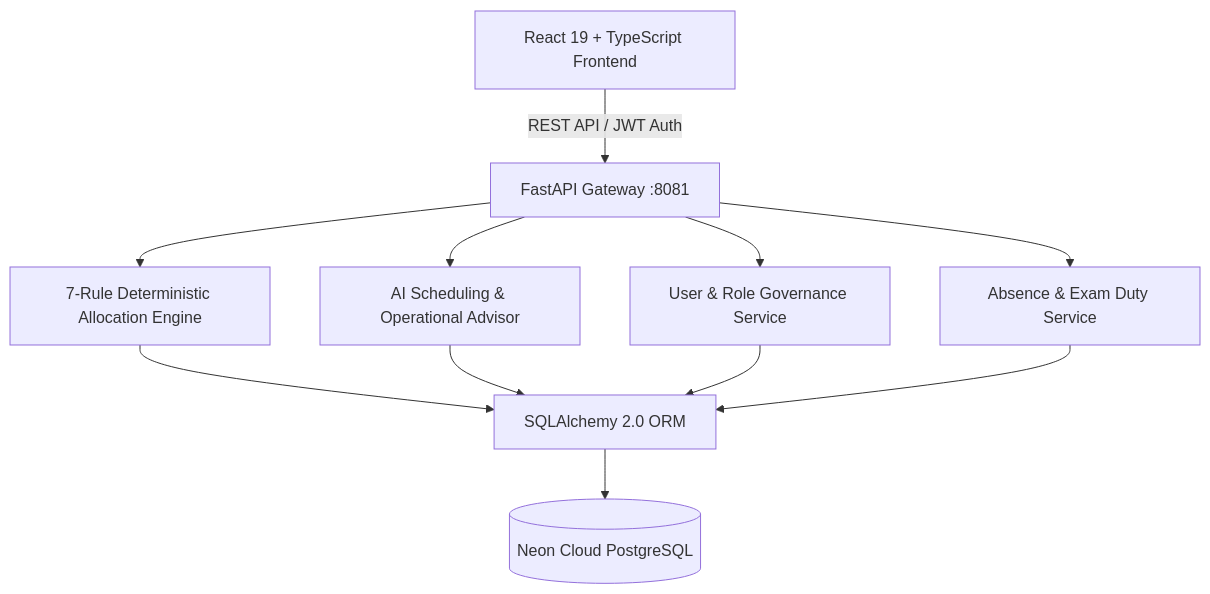
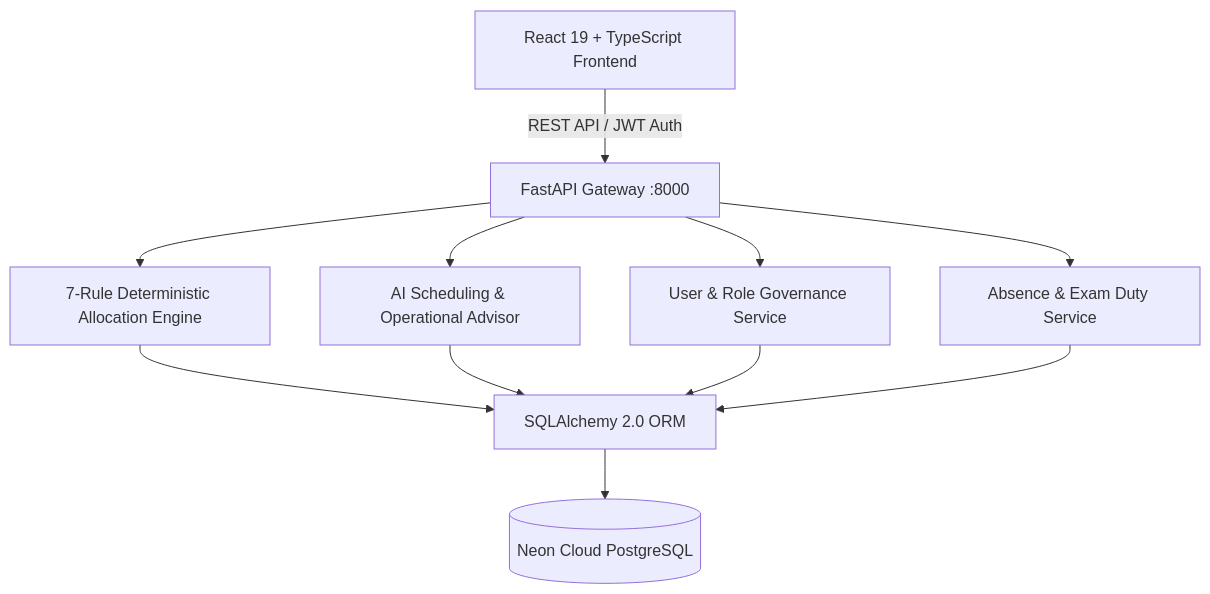
Before and after one commit to fareedahamed0425-code/faculty-duty-allocation-system: the diagram in README.md, drawn with Mermaid. The commit also changed other lines of this file and 29 other files, not shown here.

````diff
--- a/README.md
+++ b/README.md
@@ -91,13 +91,13 @@
 ```mermaid
 graph TD
-    A[React 19 + TypeScript Frontend] -->|REST API / JWT Auth| B[FastAPI Gateway :8081]
+    A[React 19 + TypeScript Frontend] -->|REST API / JWT Auth| B[FastAPI Gateway :8000]
     B --> C[7-Rule Deterministic Allocation Engine]
     B --> D[AI Scheduling & Operational Advisor]
     B --> E[User & Role Governance Service]
     B --> F[Absence & Exam Duty Service]
     C --> G[SQLAlchemy 2.0 ORM]
     D --> G
     E --> G
     F --> G
     G --> H[(Neon Cloud PostgreSQL)]
 ```
````
